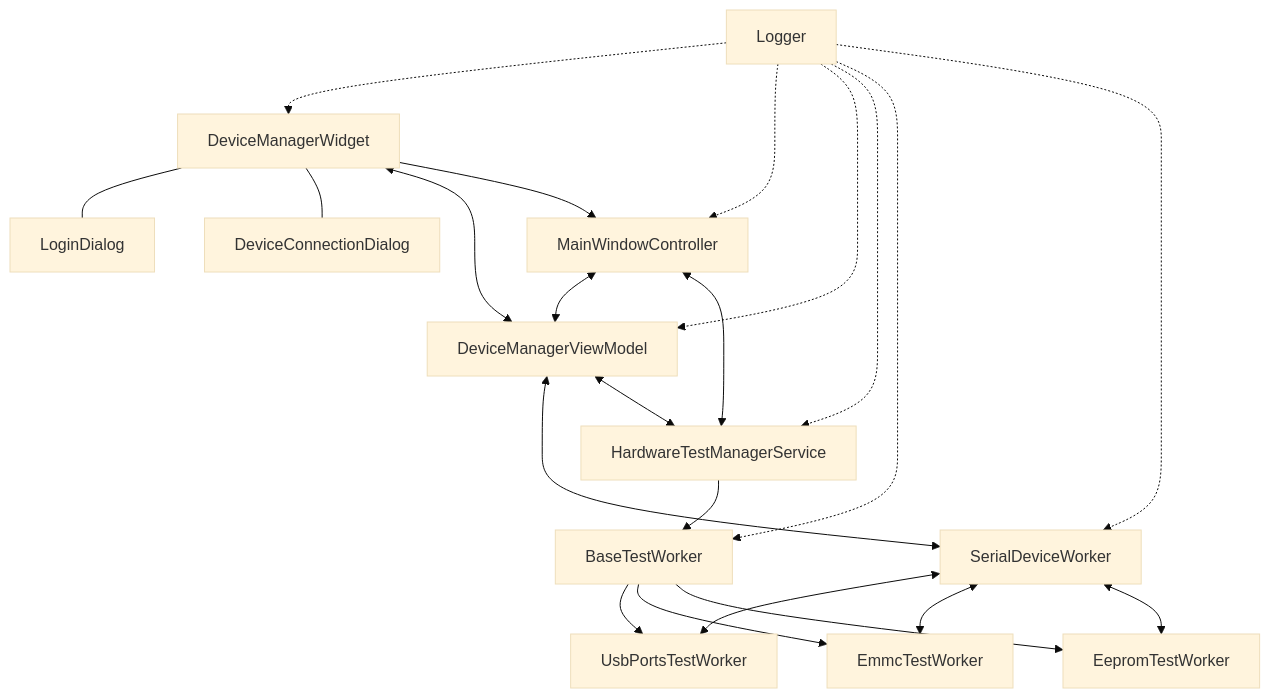
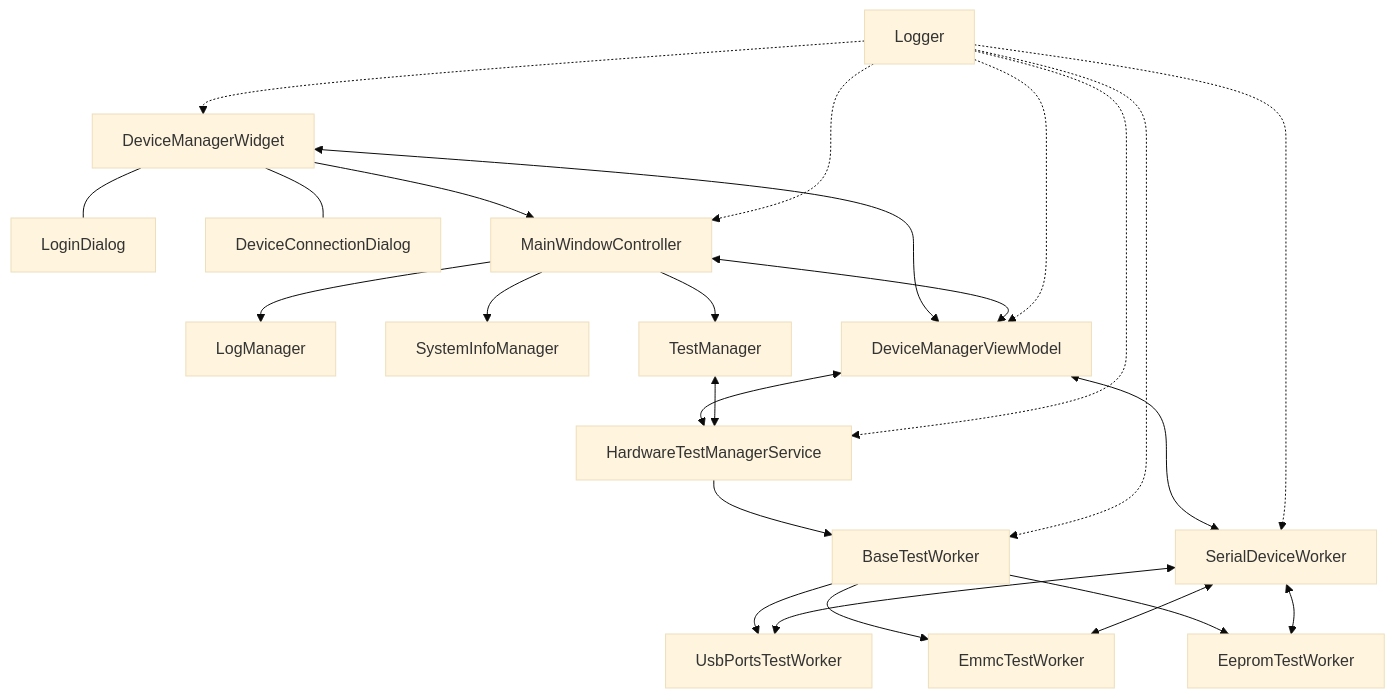
Before and after one commit to MingYuan-Chen/orion_v2: the first of 10 diagrams in orion_developer_document.md, drawn with Mermaid (base theme). The commit also changed other lines of this file, not shown here.

````diff
--- a/orion_developer_document.md
+++ b/orion_developer_document.md
@@ -44,38 +44,41 @@
 ```mermaid
 graph TD
     A[DeviceManagerWidget] --- B[LoginDialog]
     A --- C[DeviceConnectionDialog]
     
     M[MainWindowController]
+    M --> M1[LogManager]
+    M --> M2[SystemInfoManager]
+    M --> M3[TestManager]
     
     D[DeviceManagerViewModel]
     
     E[HardwareTestManagerService]
     F[BaseTestWorker]
     G[SerialDeviceWorker]
     H[UsbPortsTestWorker]
     I[EmmcTestWorker]
     J[EepromTestWorker]
     
     K[Logger]
     
     A <--> D
     A --> M
     M <--> D
     D <--> G
     D <--> E
-    M <--> E
+    M3 <--> E
     E --> F
     F --> H
     F --> I
     F --> J
     G <--> H
     G <--> I
     G <--> J
     K -.-> A
     K -.-> M
     K -.-> D
     K -.-> E
     K -.-> F
     K -.-> G
 ```
````
